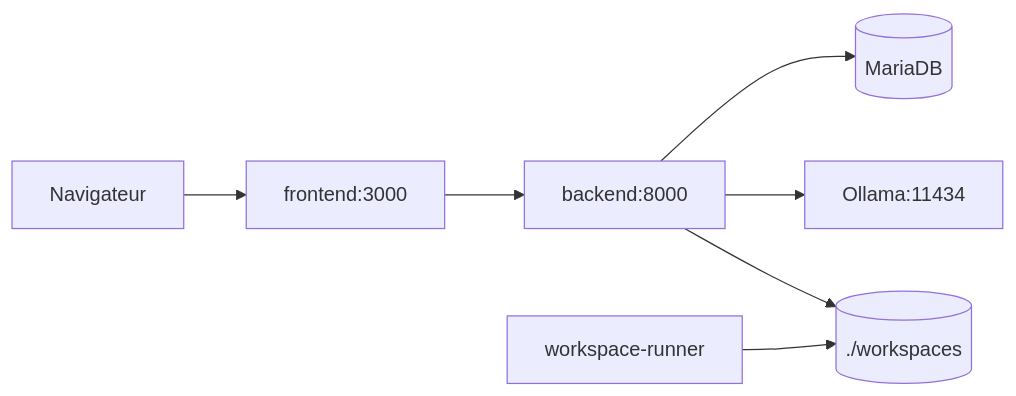
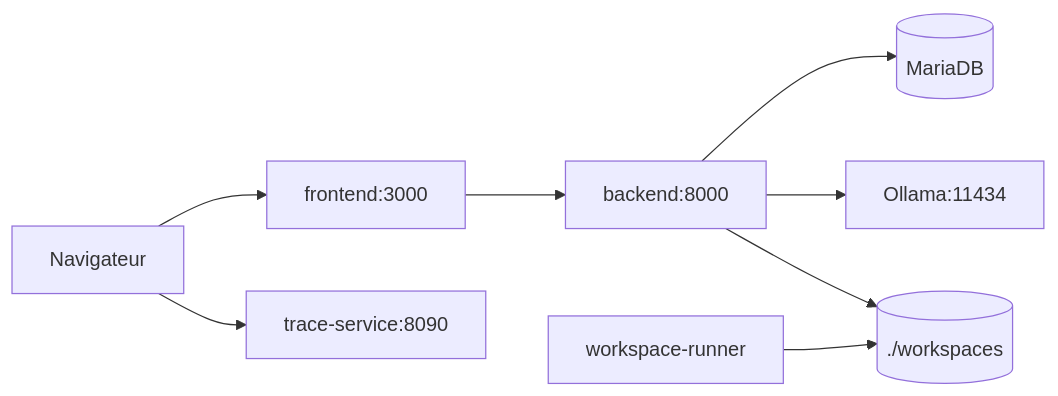
The diagram in README.md (AdWav/orchestrateur), drawn with Mermaid before and after one commit. The commit also changed other lines of this file and 69 other files, not shown here.

````diff
--- a/README.md
+++ b/README.md
@@ -42,9 +45,10 @@
 ```mermaid
 flowchart LR
     browser[Navigateur] --> frontend[frontend:3000]
+    browser --> trace[trace-service:8090]
     frontend --> backend[backend:8000]
     backend --> db[(MariaDB)]
     backend --> ollama[Ollama:11434]
     backend --> ws[(./workspaces)]
     runner[workspace-runner] --> ws
 ```
````
